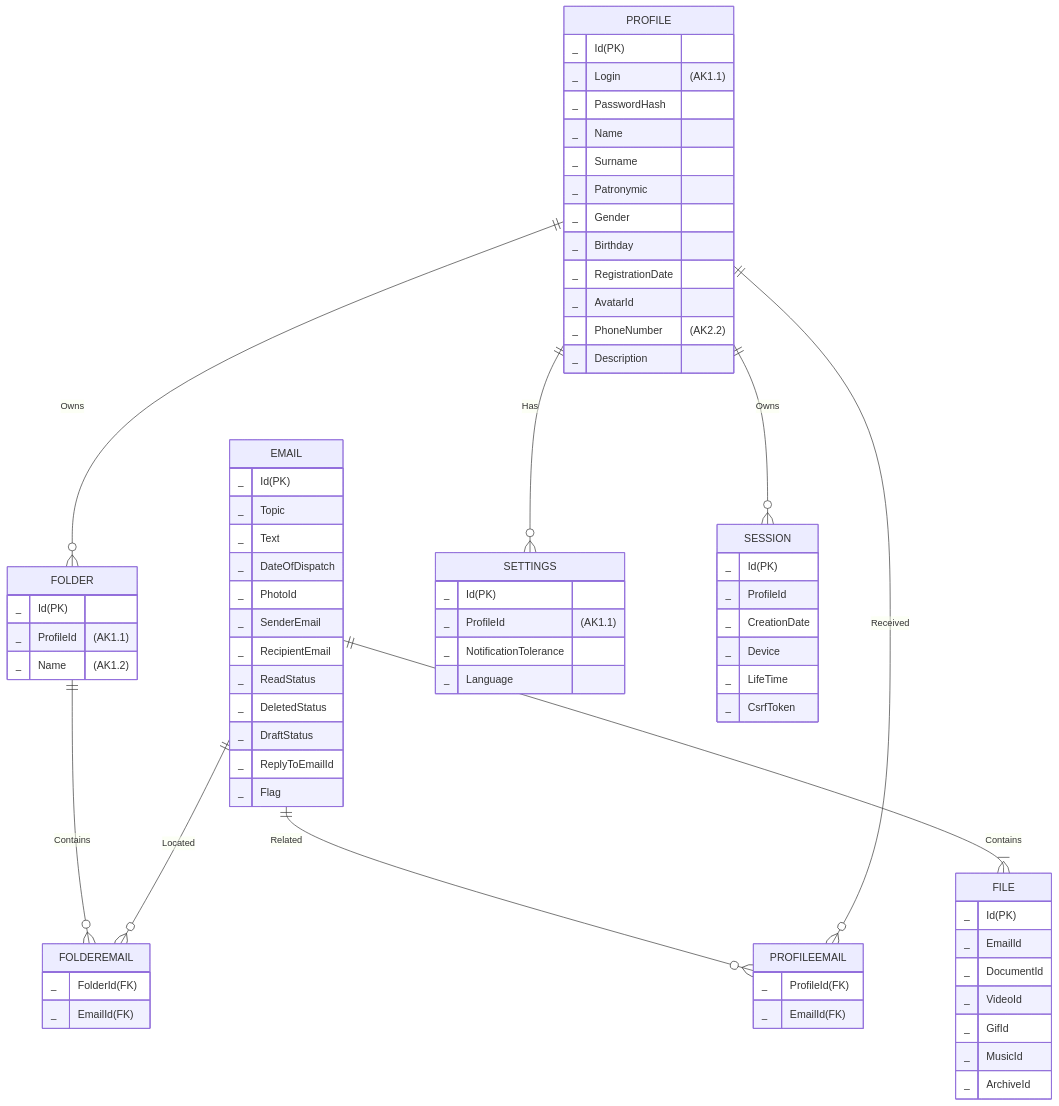
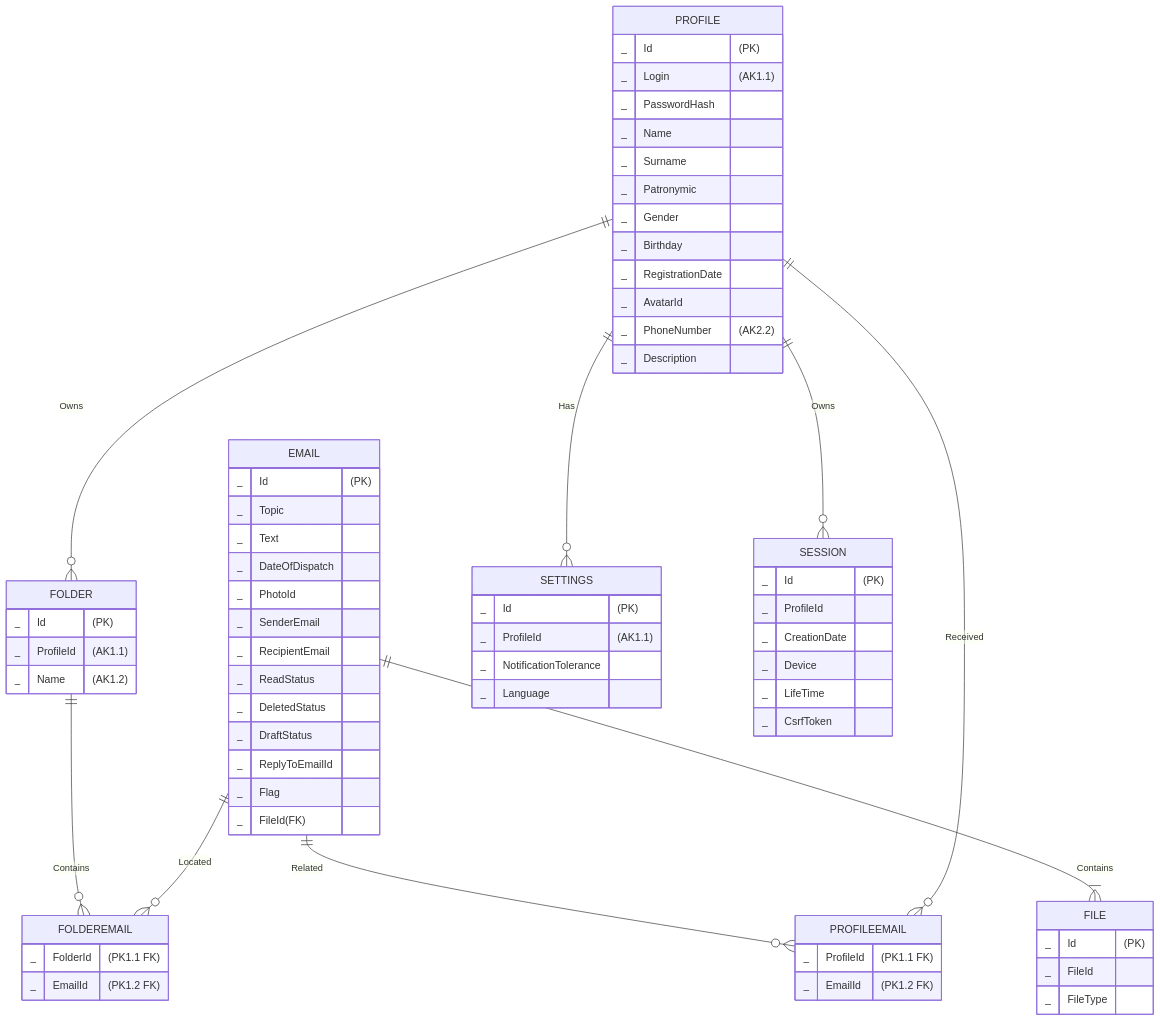
The second of 2 diagrams in db/normalized/relations.md (go-park-mail-ru/2024_1_Refugio), drawn with Mermaid before and after one commit. The commit also changed other lines of this file and 1 other file, not shown here.

````diff
--- a/db/normalized/relations.md
+++ b/db/normalized/relations.md
@@ -87,76 +80,73 @@
 ```mermaid
 erDiagram
     PROFILE {
-        _ Id(PK)
+        _ Id"(PK)"
         _ Login"(AK1.1)"
         _ PasswordHash
         _ Name
         _ Surname
         _ Patronymic
         _ Gender
         _ Birthday
         _ RegistrationDate
         _ AvatarId
         _ PhoneNumber"(AK2.2)"
         _ Description
     }
     EMAIL {
-        _ Id(PK)
+        _ Id"(PK)"
         _ Topic
         _ Text
         _ DateOfDispatch
         _ PhotoId
         _ SenderEmail
         _ RecipientEmail
         _ ReadStatus
         _ DeletedStatus
         _ DraftStatus
         _ ReplyToEmailId
         _ Flag
+        _ FileId(FK)
     }
     FILE {
-        _ Id(PK)
-        _ EmailId
-        _ DocumentId
-        _ VideoId
-        _ GifId
-        _ MusicId
-        _ ArchiveId
+        _ Id"(PK)"
+        _ FileId
+        _ FileType
     }
     PROFILEEMAIL {
-        _ ProfileId(FK)
-        _ EmailId(FK)
+        _ ProfileId"(PK1.1 FK)"
+        _ EmailId"(PK1.2 FK)"
     }
     FOLDER {
-        _ Id(PK)
+        _ Id"(PK)"
         _ ProfileId"(AK1.1)"
         _ Name"(AK1.2)"
     }
     FOLDEREMAIL {
-        _ FolderId(FK)
-        _ EmailId(FK)
+        _ FolderId"(PK1.1 FK)"
+        _ EmailId"(PK1.2 FK)"
     }
     SETTINGS {
-        _ Id(PK)
+        _ Id"(PK)"
         _ ProfileId"(AK1.1)"
         _ NotificationTolerance
         _ Language
     }
     SESSION {
-        _ Id(PK)
+        _ Id"(PK)"
         _ ProfileId
         _ CreationDate
         _ Device
         _ LifeTime
         _ CsrfToken
     }
 
     PROFILE ||--o{ SESSION : "Owns"
     PROFILE ||--o{ SETTINGS : "Has"
     PROFILE ||--o{ FOLDER : "Owns"
     FOLDER ||--o{ FOLDEREMAIL : "Contains"
     EMAIL ||--o{ FOLDEREMAIL : "Located"
     EMAIL ||--o{ PROFILEEMAIL : "Related"
     PROFILE ||--o{ PROFILEEMAIL : "Received"
     EMAIL ||--|{ FILE : "Contains"
 ```
````
